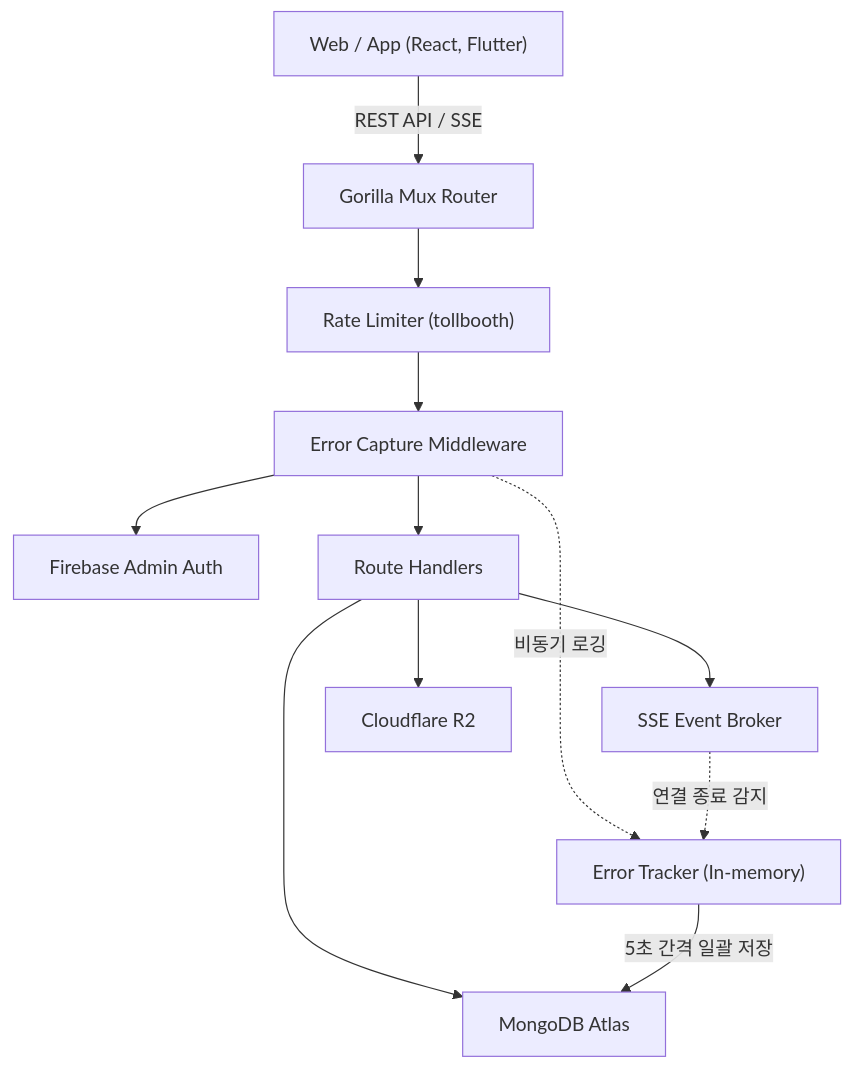
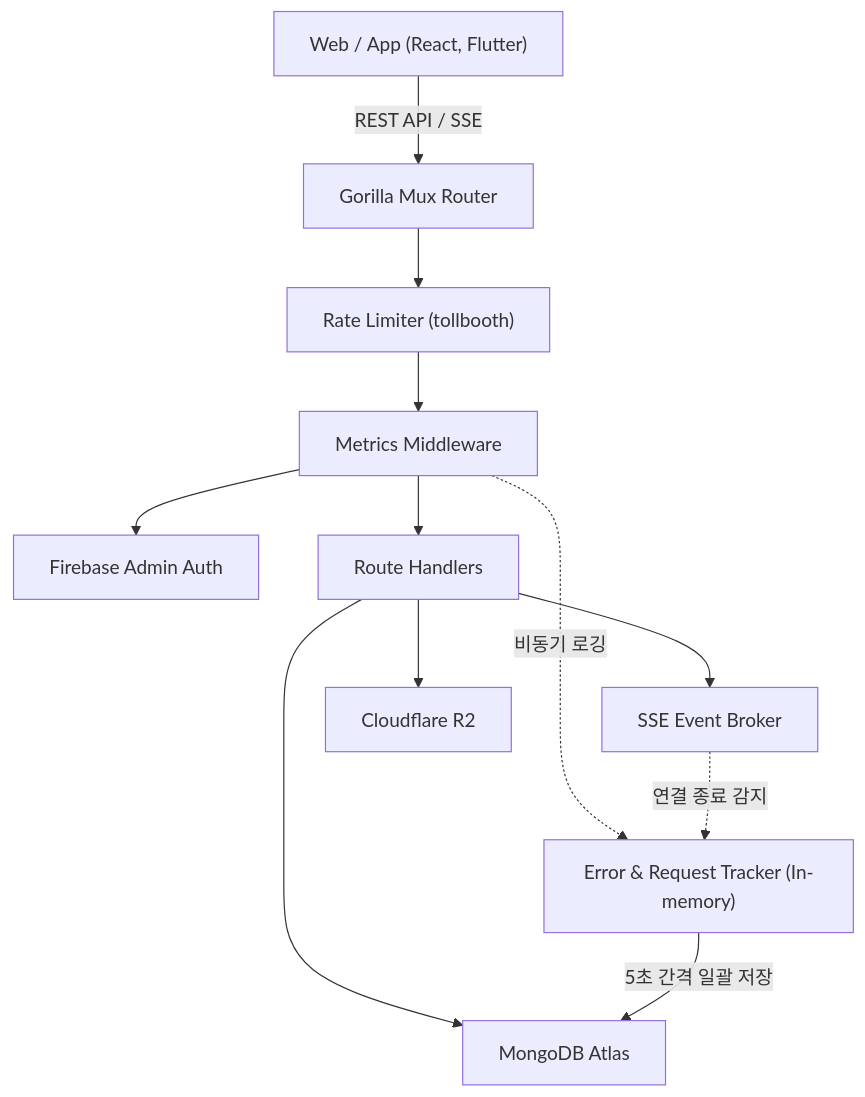
The diagram in README.ko.md (Espi8624/yoyaku_mate_server), drawn with Mermaid before and after one commit. The commit also changed other lines of this file and 13 other files, not shown here.

````diff
--- a/README.ko.md
+++ b/README.ko.md
@@ -65,15 +65,15 @@
 ```mermaid
 graph TD
     Client["Web / App (React, Flutter)"] -->|"REST API / SSE"| Router["Gorilla Mux Router"]
     Router --> Middleware["Rate Limiter (tollbooth)"]
-    Middleware --> ErrorCapture["Error Capture Middleware"]
-    ErrorCapture --> Auth["Firebase Admin Auth"]
-    ErrorCapture --> Handlers["Route Handlers"]
+    Middleware --> Metrics["Metrics Middleware"]
+    Metrics --> Auth["Firebase Admin Auth"]
+    Metrics --> Handlers["Route Handlers"]
     Handlers --> Broker["SSE Event Broker"]
     Handlers --> DB["MongoDB Atlas"]
     Handlers --> Storage["Cloudflare R2"]
     
-    ErrorCapture -.->|비동기 로깅| Tracker["Error Tracker (In-memory)"]
+    Metrics -.->|비동기 로깅| Tracker["Error & Request Tracker (In-memory)"]
     Broker -.->|연결 종료 감지| Tracker
     Tracker -->|5초 간격 일괄 저장| DB
 ```
````
